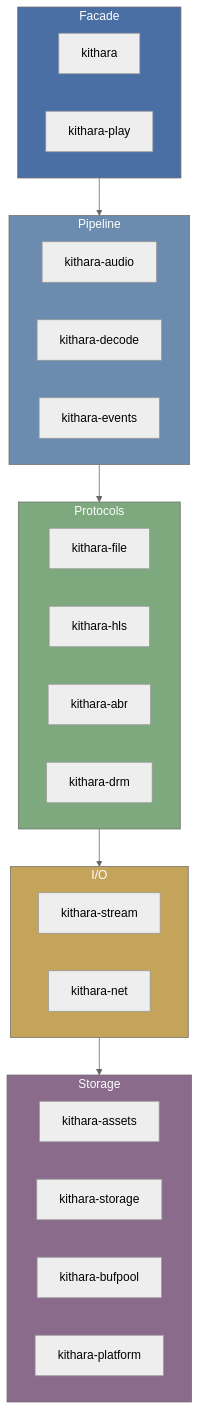
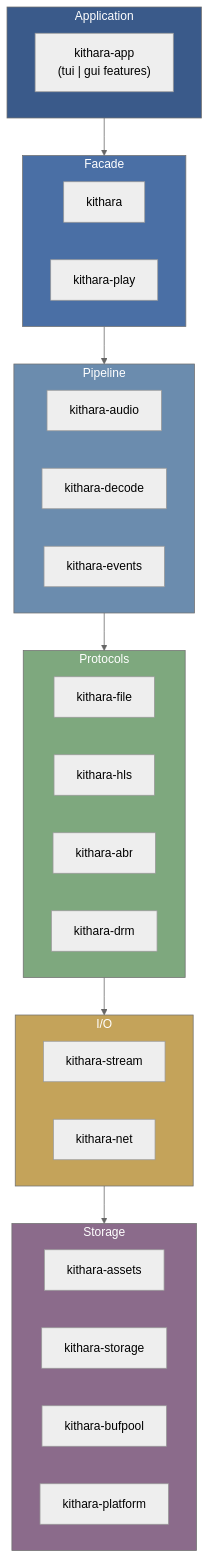
The diagram in CLAUDE.md (zvuk/kithara), drawn with Mermaid (neutral theme) before and after one commit. The commit also changed other lines of this file and 54 other files, not shown here.

First line of the commit message:
refactor: unify kithara-tui and kithara-ui into kithara-app as feature-gated modules

````diff
--- a/CLAUDE.md
+++ b/CLAUDE.md
@@ -44,41 +44,46 @@
 ```mermaid
 %%{init: {"flowchart": {"curve": "linear"}} }%%
 flowchart TD
+    subgraph app["Application"]
+        kithara-app["kithara-app<br/>(tui | gui features)"]
+    end
+
     subgraph facade["Facade"]
         kithara["kithara"]
         play["kithara-play"]
     end
 
     subgraph pipeline["Pipeline"]
         audio["kithara-audio"]
         decode["kithara-decode"]
         events["kithara-events"]
     end
 
     subgraph protocols["Protocols"]
         file["kithara-file"]
         hls["kithara-hls"]
         abr["kithara-abr"]
         drm["kithara-drm"]
     end
 
     subgraph io["I/O"]
         stream["kithara-stream"]
         net["kithara-net"]
     end
 
     subgraph storage["Storage"]
         assets["kithara-assets"]
         stor["kithara-storage"]
         bufpool["kithara-bufpool"]
         platform["kithara-platform"]
     end
 
-    facade --> pipeline --> protocols --> io --> storage
+    app --> facade --> pipeline --> protocols --> io --> storage
 
+    style app fill:#3a5a8a,color:#fff
     style facade fill:#4a6fa5,color:#fff
     style pipeline fill:#6b8cae,color:#fff
     style protocols fill:#7ea87e,color:#fff
     style io fill:#c4a35a,color:#fff
     style storage fill:#8b6b8b,color:#fff
 ```
````
